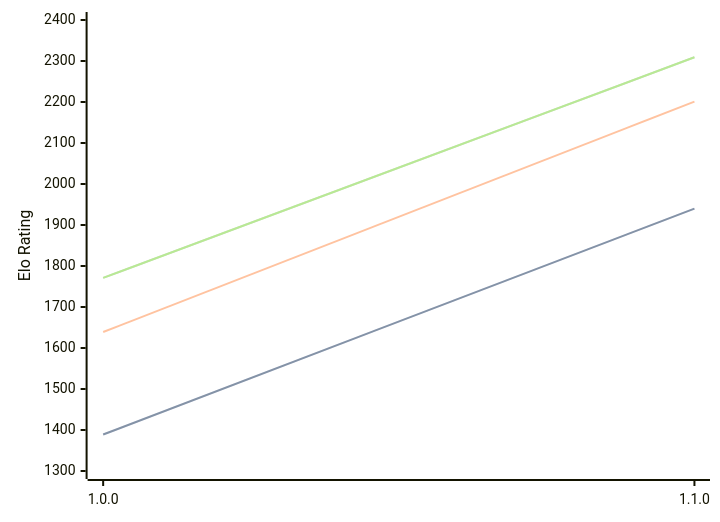
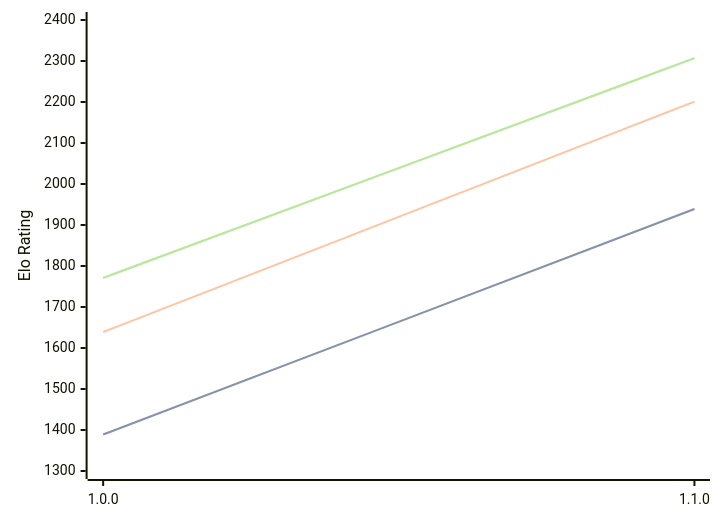
One commit to computer-chess-index/cci changed the diagram in engines/Akerbeltz.md. Above: the diagram before and after it, drawn with Mermaid. The commit also changed other lines of this file, not shown here.

Commit message:
Update CCI Ratings (ELO VLTC) - 2026-10-01

````diff
--- a/engines/Akerbeltz.md
+++ b/engines/Akerbeltz.md
@@ -32,11 +32,11 @@
 ```mermaid
 %%{init: {"theme":"base","themeVariables":{"seriesColors:['#a3a3a3','#222221','#faa371']}}}%%
 xychart-beta
   x-axis ["1.0.0", "1.1.0"]
   y-axis "Elo Rating" 1300 --> 2400
-  line "" [1389, 1940]
-  line "STC (8.0+0.08s)" [1389, 1940]
+  line "" [1389, 1939]
+  line "STC (8.0+0.08s)" [1389, 1939]
   line "LTC (60.0+0.60s)" [1639, 2201]
-  line "" [1771, 2309]
-  line "VLTC (2m24s+1.12s)" [1771, 2309]
+  line "" [1771, 2307]
+  line "VLTC (2m24s+1.12s)" [1771, 2307]
 ```
````
